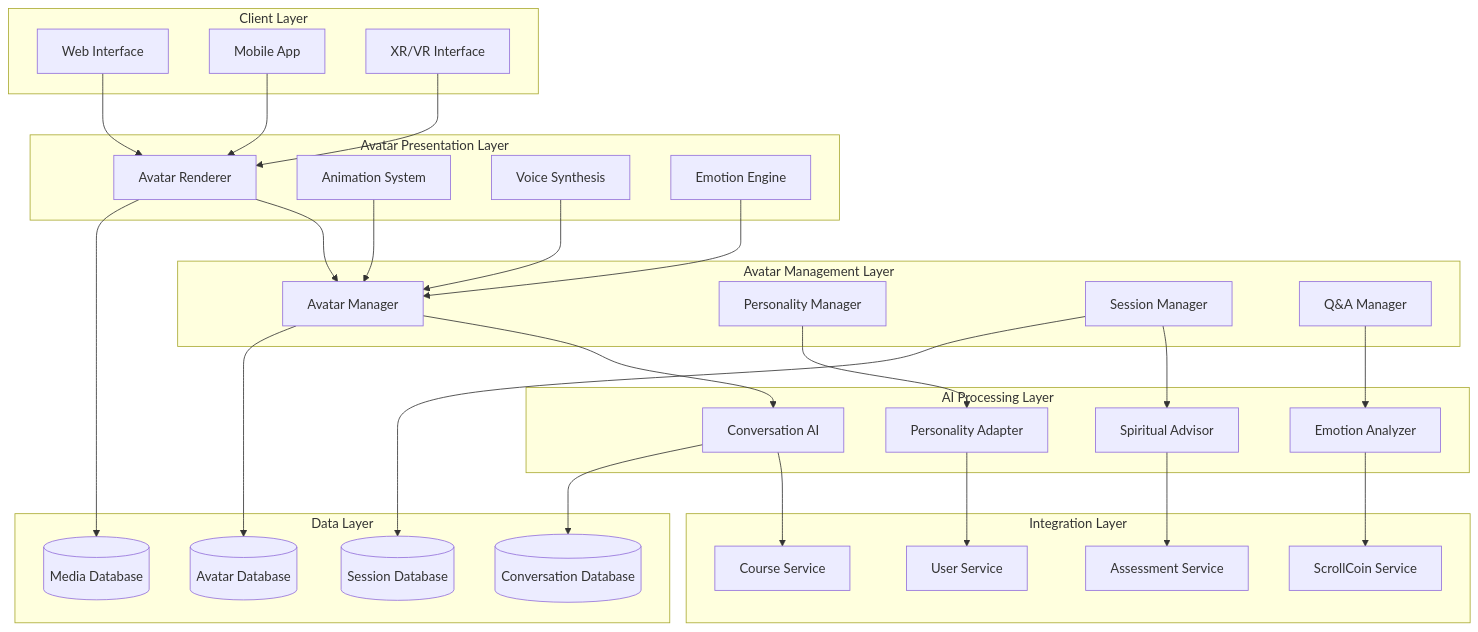
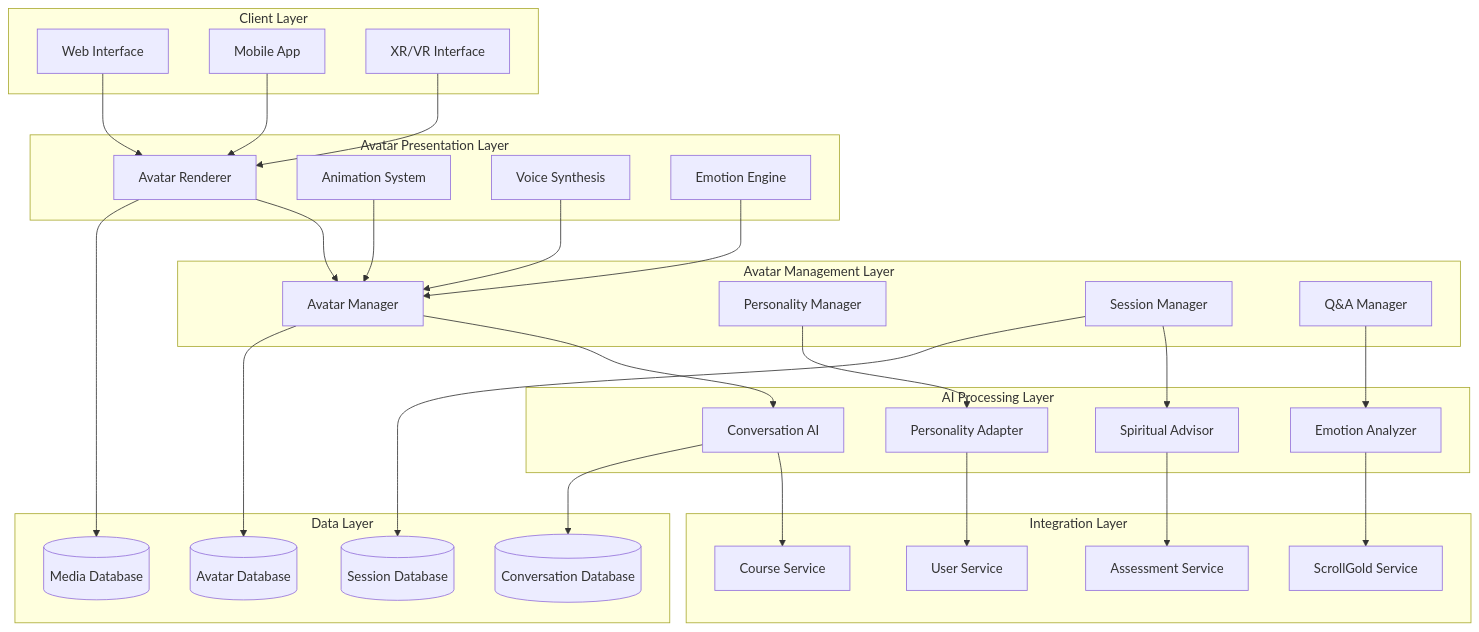
Before and after one commit to stanleymay20/zion-scroll-forge: the diagram in .kiro/specs/scroll-ai-avatar-lecturers/design.md, drawn with Mermaid. The commit also changed other lines of this file and 1853 other files, not shown here.

````diff
--- a/.kiro/specs/scroll-ai-avatar-lecturers/design.md
+++ b/.kiro/specs/scroll-ai-avatar-lecturers/design.md
@@ -11,67 +11,67 @@
 ```mermaid
 graph TB
     subgraph "Client Layer"
         WEB[Web Interface]
         MOBILE[Mobile App]
         XR[XR/VR Interface]
     end
     
     subgraph "Avatar Presentation Layer"
         AR[Avatar Renderer]
         AS[Animation System]
         VS[Voice Synthesis]
         EM[Emotion Engine]
     end
     
     subgraph "AI Processing Layer"
         CAI[Conversation AI]
         PA[Personality Adapter]
         SA[Spiritual Advisor]
         EA[Emotion Analyzer]
     end
     
     subgraph "Avatar Management Layer"
         AM[Avatar Manager]
         PM[Personality Manager]
         SM[Session Manager]
         QM[Q&A Manager]
     end
     
     subgraph "Integration Layer"
         CS[Course Service]
         US[User Service]
         AS_INT[Assessment Service]
-        SC[ScrollCoin Service]
+        SC[ScrollGold Service]
     end
     
     subgraph "Data Layer"
         ADB[(Avatar Database)]
         SDB[(Session Database)]
         CDB[(Conversation Database)]
         MDB[(Media Database)]
     end
     
     WEB --> AR
     MOBILE --> AR
     XR --> AR
     
     AR --> AM
     AS --> AM
     VS --> AM
     EM --> AM
     
     AM --> CAI
     PM --> PA
     SM --> SA
     QM --> EA
     
     CAI --> CS
     PA --> US
     SA --> AS_INT
     EA --> SC
     
     AM --> ADB
     SM --> SDB
     CAI --> CDB
     AR --> MDB
 ```
````
